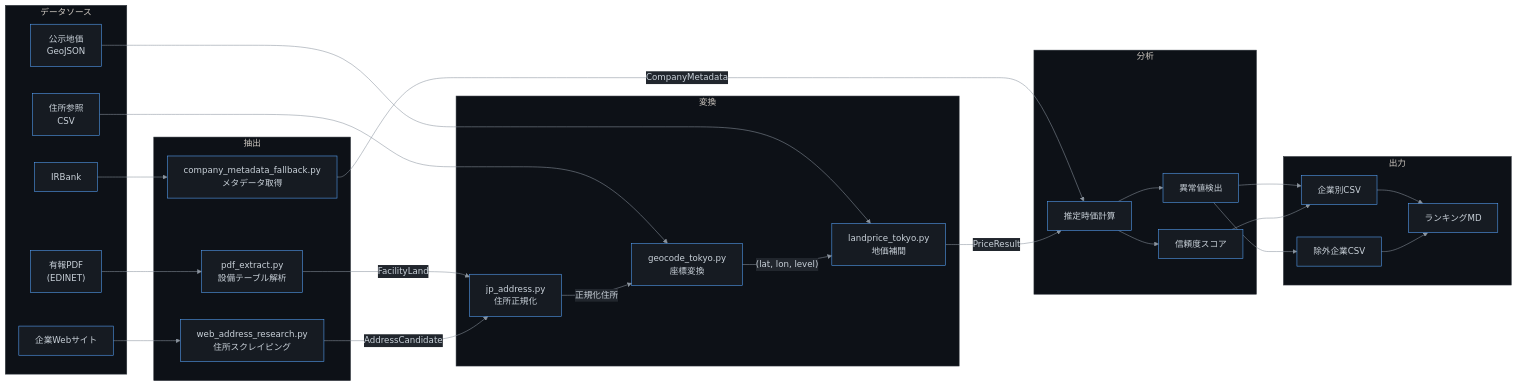
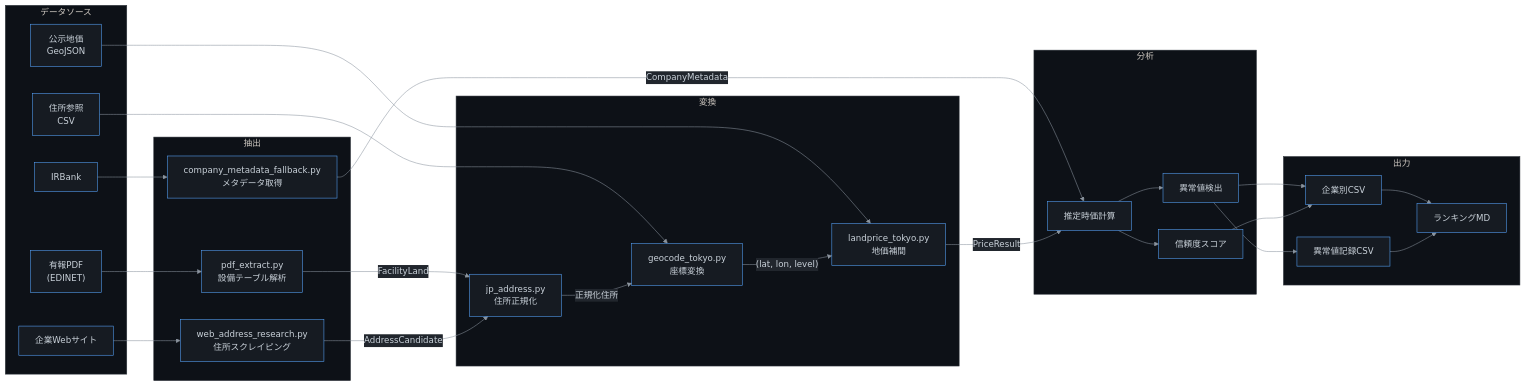
Diagram 11 of 12 in docs/ARCHITECTURE.md (expgolemclone/land_value_research), drawn with Mermaid before and after one commit. The commit also changed other lines of this file and 5 other files, not shown here.

````diff
--- a/docs/ARCHITECTURE.md
+++ b/docs/ARCHITECTURE.md
@@ -557,57 +542,57 @@
 ```mermaid
 %%{init: {"theme":"base","themeVariables":{"background":"#0d1117","primaryColor":"#161b22","primaryTextColor":"#c9d1d9","primaryBorderColor":"#58a6ff","secondaryColor":"#21262d","tertiaryColor":"#30363d","lineColor":"#8b949e","clusterBkg":"#0d1117","clusterBorder":"#30363d"}}}%%
 flowchart LR
     subgraph SOURCES["データソース"]
         S1["有報PDF<br>(EDINET)"]
         S2["企業Webサイト"]
         S3["IRBank"]
         S4["公示地価<br>GeoJSON"]
         S5["住所参照<br>CSV"]
     end
 
     subgraph EXTRACT["抽出"]
         E1["pdf_extract.py<br>設備テーブル解析"]
         E2["web_address_research.py<br>住所スクレイピング"]
         E3["company_metadata_fallback.py<br>メタデータ取得"]
     end
 
     subgraph TRANSFORM["変換"]
         T1["jp_address.py<br>住所正規化"]
         T2["geocode_tokyo.py<br>座標変換"]
         T3["landprice_tokyo.py<br>地価補間"]
     end
 
     subgraph ANALYZE["分析"]
         A1["推定時価計算"]
         A2["異常値検出"]
         A3["信頼度スコア"]
     end
 
     subgraph OUTPUT["出力"]
         O1["企業別CSV"]
-        O2["除外企業CSV"]
+        O2["異常値記録CSV"]
         O3["ランキングMD"]
     end
 
     S1 --> E1
     S2 --> E2
     S3 --> E3
     S4 --> T3
     S5 --> T2
 
     E1 -->|"FacilityLand"| T1
     E2 -->|"AddressCandidate"| T1
     E3 -->|"CompanyMetadata"| A1
 
     T1 -->|"正規化住所"| T2
     T2 -->|"(lat, lon, level)"| T3
     T3 -->|"PriceResult"| A1
 
     A1 --> A2
     A1 --> A3
     A2 --> O1
     A2 --> O2
     A3 --> O1
     O1 --> O3
     O2 --> O3
 ```
````
